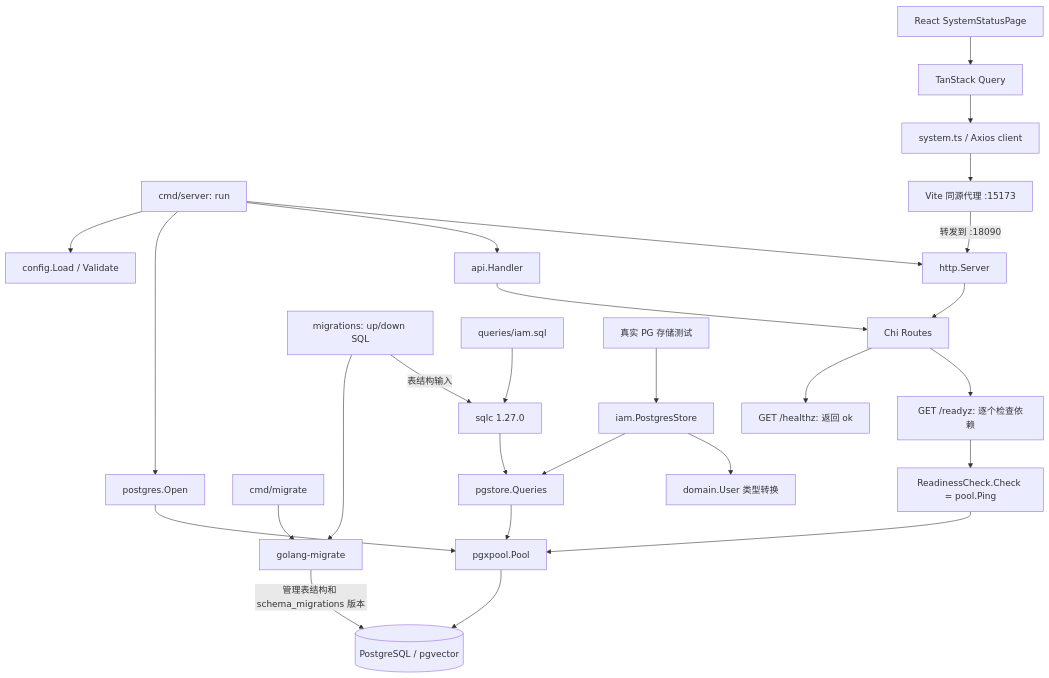
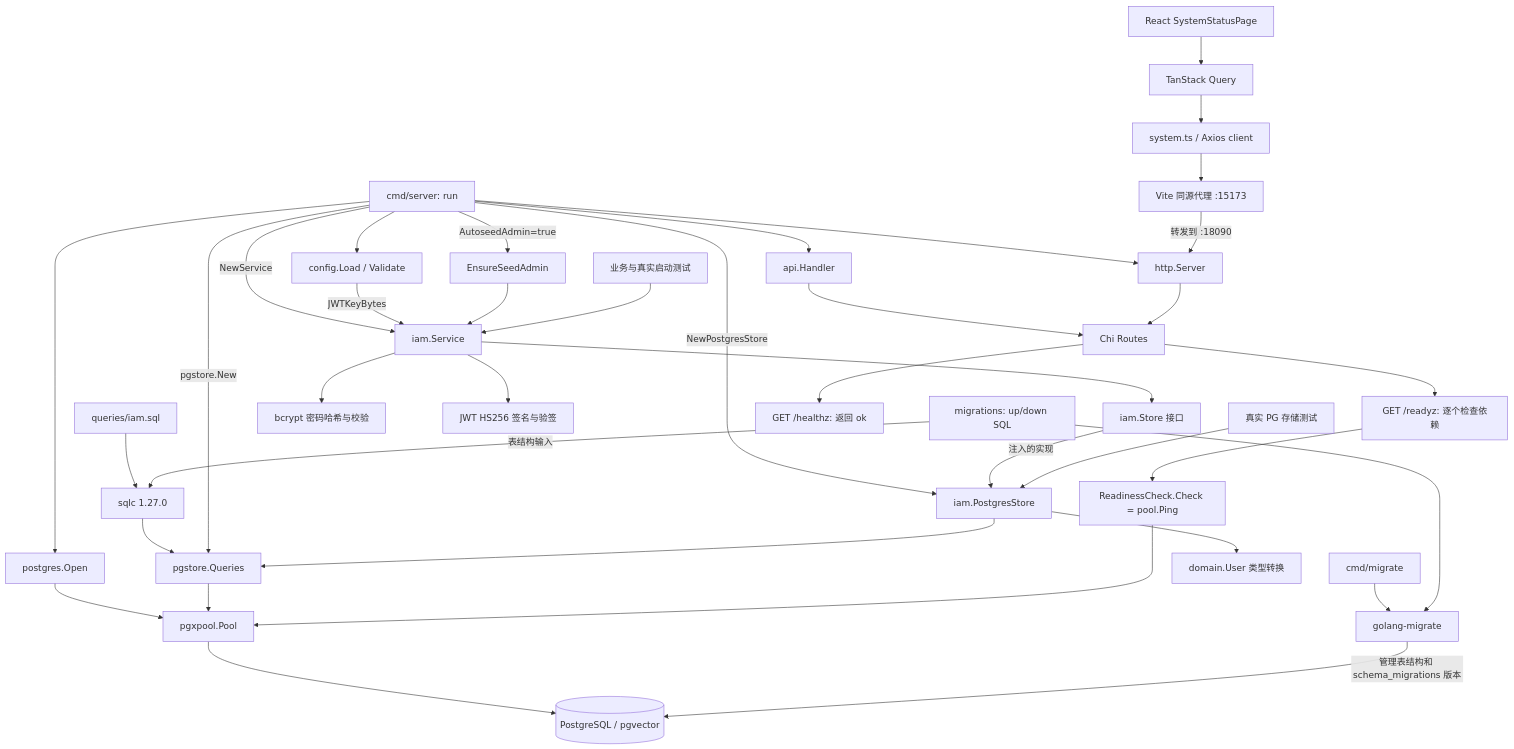
Before and after one commit to yz1qaq/Kbot: the diagram in my_kbot_final/README.md, drawn with Mermaid. The commit also changed other lines of this file and 16 other files, not shown here.

````diff
--- a/my_kbot_final/README.md
+++ b/my_kbot_final/README.md
@@ -42,29 +44,40 @@
 ```mermaid
 flowchart TD
     Main[cmd/server: run] --> Config[config.Load / Validate]
     Main --> Open[postgres.Open]
     Open --> Pool[pgxpool.Pool]
     Main --> Handler[api.Handler]
     Main --> Server[http.Server]
     Handler --> Router[Chi Routes]
     Server --> Router
     Pool --> DB[(PostgreSQL / pgvector)]
     Migrate[cmd/migrate] --> MigrationLib[golang-migrate]
     MigrationFiles[migrations: up/down SQL] --> MigrationLib
     MigrationLib -->|管理表结构和 schema_migrations 版本| DB
     UserSQL[queries/iam.sql] --> SQLC[sqlc 1.27.0]
     MigrationFiles -->|表结构输入| SQLC
     SQLC --> Queries[pgstore.Queries]
-    StoreTests[真实 PG 存储测试] --> Store[iam.PostgresStore]
+    Main -->|pgstore.New| Queries
+    Main -->|NewPostgresStore| Store[iam.PostgresStore]
+    Main -->|NewService| IAM[iam.Service]
+    Config -->|JWTKeyBytes| IAM
+    Main -->|AutoseedAdmin=true| Seed[EnsureSeedAdmin]
+    Seed --> IAM
+    IAM --> Port[iam.Store 接口]
+    Port -->|注入的实现| Store
+    IAM --> Bcrypt[bcrypt 密码哈希与校验]
+    IAM --> JWT[JWT HS256 签名与验签]
+    StoreTests[真实 PG 存储测试] --> Store
+    ServiceTests[业务与真实启动测试] --> IAM
     Store --> Queries
     Store --> Domain[domain.User 类型转换]
     Queries --> Pool
     Router --> Health[GET /healthz: 返回 ok]
     Router --> Ready[GET /readyz: 逐个检查依赖]
     Ready --> Check[ReadinessCheck.Check = pool.Ping]
     Check --> Pool
     Page[React SystemStatusPage] --> Query[TanStack Query]
     Query --> Client[system.ts / Axios client]
     Client --> Proxy[Vite 同源代理 :15173]
     Proxy -->|转发到 :18090| Server
 ```
````
